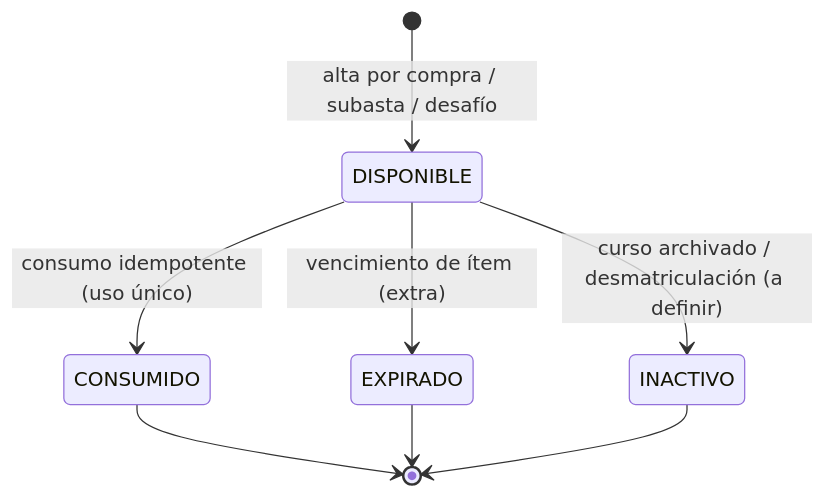
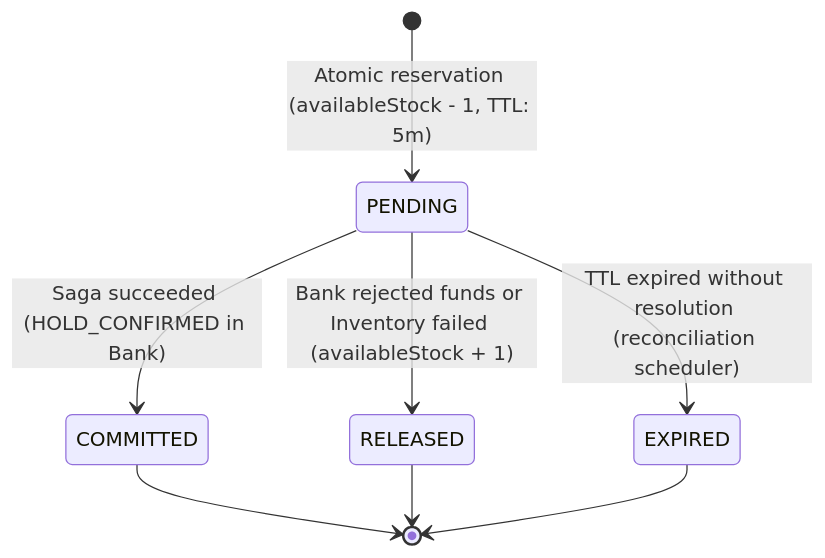
The third of 6 diagrams in diagramas-mercado.md (ValentinoMellia/docs), drawn with Mermaid before and after one commit. The commit also changed other lines of this file and 23 other files, not shown here.

````diff
--- a/diagramas-mercado.md
+++ b/diagramas-mercado.md
@@ -189,10 +152,10 @@
 ```mermaid
 stateDiagram-v2
-    [*] --> DISPONIBLE : alta por compra / subasta / desafío
-    DISPONIBLE --> CONSUMIDO : consumo idempotente (uso único)
-    DISPONIBLE --> EXPIRADO : vencimiento de ítem (extra)
-    DISPONIBLE --> INACTIVO : curso archivado / desmatriculación (a definir)
-    CONSUMIDO --> [*]
-    EXPIRADO --> [*]
-    INACTIVO --> [*]
+    [*] --> PENDING : Atomic reservation (availableStock - 1, TTL: 5m)
+    PENDING --> COMMITTED : Saga succeeded (HOLD_CONFIRMED in Bank)
+    PENDING --> RELEASED : Bank rejected funds or Inventory failed (availableStock + 1)
+    PENDING --> EXPIRED : TTL expired without resolution (reconciliation scheduler)
+    COMMITTED --> [*]
+    RELEASED --> [*]
+    EXPIRED --> [*]
 ```
````
